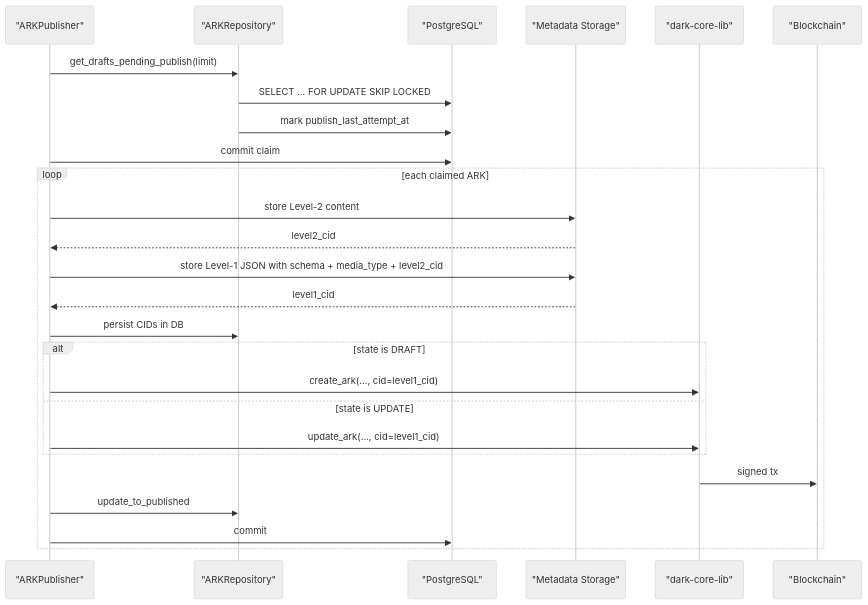
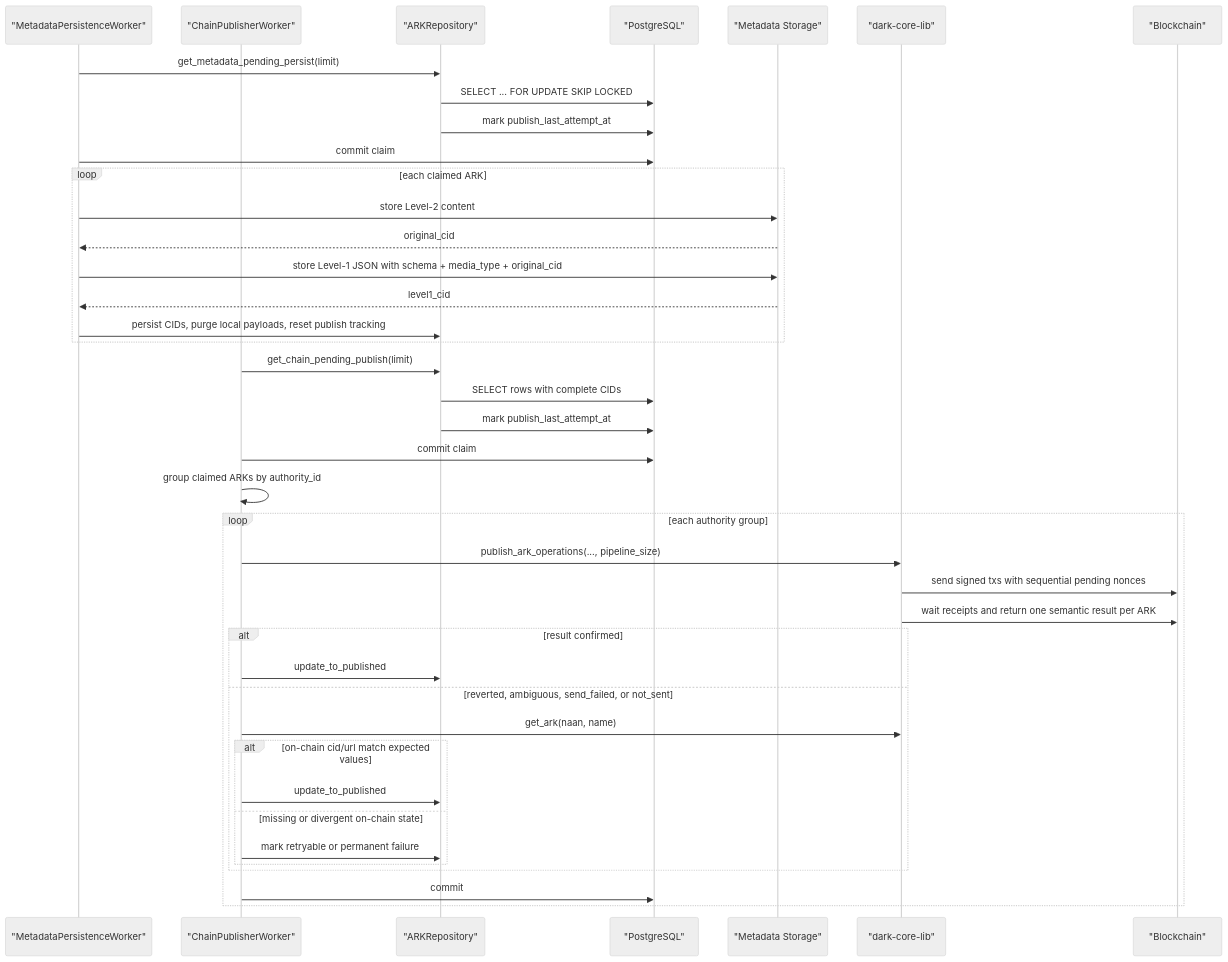
The sixth of 12 diagrams in README.md (LA-Referencia-IOI/dark-core-minter-api), drawn with Mermaid (neutral theme) before and after one commit. The commit also changed other lines of this file and 42 other files, not shown here.

First line of the commit message:
Split workers for metadata and chain publishing

````diff
--- a/README.md
+++ b/README.md
@@ -207,30 +218,46 @@
 ```mermaid
 sequenceDiagram
-    participant Worker as "ARKPublisher"
+    participant MetadataWorker as "MetadataPersistenceWorker"
+    participant ChainWorker as "ChainPublisherWorker"
     participant Repo as "ARKRepository"
     participant DB as "PostgreSQL"
     participant Store as "Metadata Storage"
     participant Core as "dark-core-lib"
     participant Chain as "Blockchain"
 
-    Worker->>Repo: get_drafts_pending_publish(limit)
+    MetadataWorker->>Repo: get_metadata_pending_persist(limit)
     Repo->>DB: SELECT ... FOR UPDATE SKIP LOCKED
     Repo->>DB: mark publish_last_attempt_at
-    Worker->>DB: commit claim
+    MetadataWorker->>DB: commit claim
 
     loop each claimed ARK
-        Worker->>Store: store Level-2 content
-        Store-->>Worker: level2_cid
-        Worker->>Store: store Level-1 JSON with schema + media_type + level2_cid
-        Store-->>Worker: level1_cid
-        Worker->>Repo: persist CIDs in DB
-        alt state is DRAFT
-            Worker->>Core: create_ark(..., cid=level1_cid)
-        else state is UPDATE
-            Worker->>Core: update_ark(..., cid=level1_cid)
+        MetadataWorker->>Store: store Level-2 content
+        Store-->>MetadataWorker: original_cid
+        MetadataWorker->>Store: store Level-1 JSON with schema + media_type + original_cid
+        Store-->>MetadataWorker: level1_cid
+        MetadataWorker->>Repo: persist CIDs, purge local payloads, reset publish tracking
+    end
+
+    ChainWorker->>Repo: get_chain_pending_publish(limit)
+    Repo->>DB: SELECT rows with complete CIDs
+    Repo->>DB: mark publish_last_attempt_at
+    ChainWorker->>DB: commit claim
+
+    ChainWorker->>ChainWorker: group claimed ARKs by authority_id
+    loop each authority group
+        ChainWorker->>Core: publish_ark_operations(..., pipeline_size)
+        Core->>Chain: send signed txs with sequential pending nonces
+        Core->>Chain: wait receipts and return one semantic result per ARK
+        alt result confirmed
+            ChainWorker->>Repo: update_to_published
+        else reverted, ambiguous, send_failed, or not_sent
+            ChainWorker->>Core: get_ark(naan, name)
+            alt on-chain cid/url match expected values
+                ChainWorker->>Repo: update_to_published
+            else missing or divergent on-chain state
+                ChainWorker->>Repo: mark retryable or permanent failure
+            end
         end
-        Core->>Chain: signed tx
-        Worker->>Repo: update_to_published
-        Worker->>DB: commit
+        ChainWorker->>DB: commit
     end
 ```
````
